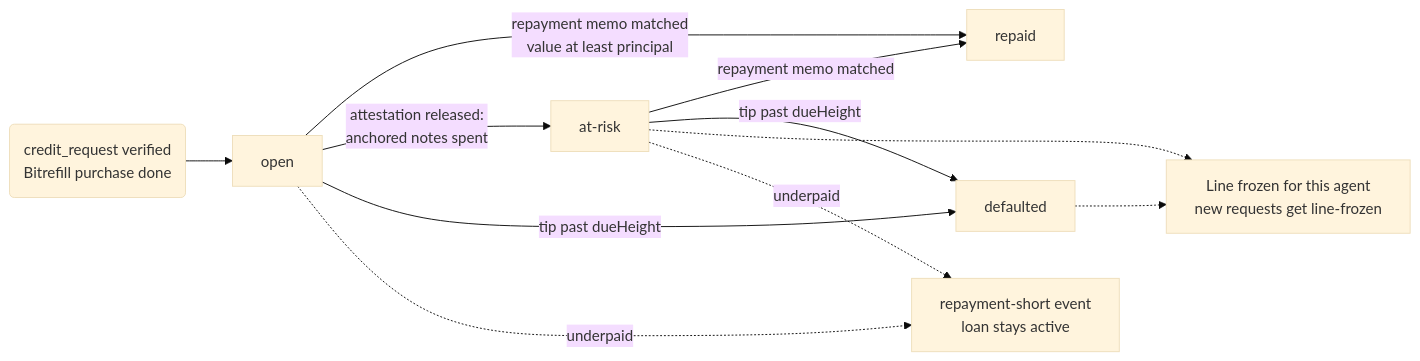
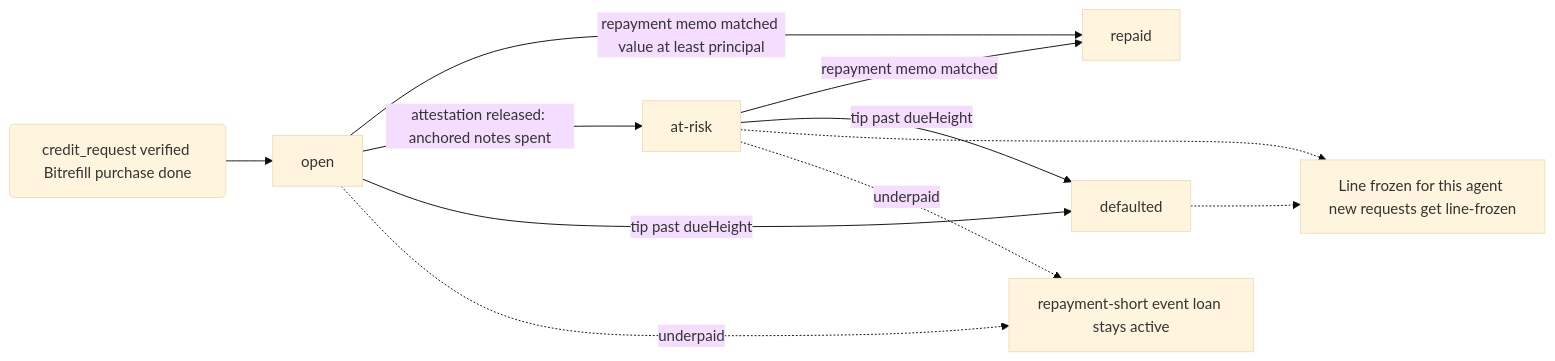
Before and after one commit to Srizdebnath/zsol: the diagram in docs/diagrams/08-loan-states.mmd, drawn with Mermaid (base theme). The commit also changed 17 other files, not shown here.

Commit message:
README: Excalidraw renders of all eight diagrams; drop <br/> from Mermaid sources (Excalidraw prints it literally)

```diff
--- a/docs/diagrams/08-loan-states.mmd
+++ b/docs/diagrams/08-loan-states.mmd
@@ -1,13 +1,13 @@
 flowchart LR
-    START("credit_request verified<br/>Bitrefill purchase done") --> OPEN["open"]
-    OPEN -->|"repayment memo matched<br/>value at least principal"| REPAID["repaid"]
-    OPEN -->|"attestation released:<br/>anchored notes spent"| ATRISK["at-risk"]
+    START("credit_request verified Bitrefill purchase done") --> OPEN["open"]
+    OPEN -->|"repayment memo matched value at least principal"| REPAID["repaid"]
+    OPEN -->|"attestation released: anchored notes spent"| ATRISK["at-risk"]
     ATRISK -->|"repayment memo matched"| REPAID
     OPEN -->|"tip past dueHeight"| DEF["defaulted"]
     ATRISK -->|"tip past dueHeight"| DEF
 
-    ATRISK -.-> FRZ["Line frozen for this agent<br/>new requests get line-frozen"]
+    ATRISK -.-> FRZ["Line frozen for this agent new requests get line-frozen"]
     DEF -.-> FRZ
 
-    OPEN -.->|"underpaid"| SHORT["repayment-short event<br/>loan stays active"]
+    OPEN -.->|"underpaid"| SHORT["repayment-short event loan stays active"]
     ATRISK -.->|"underpaid"| SHORT
```
